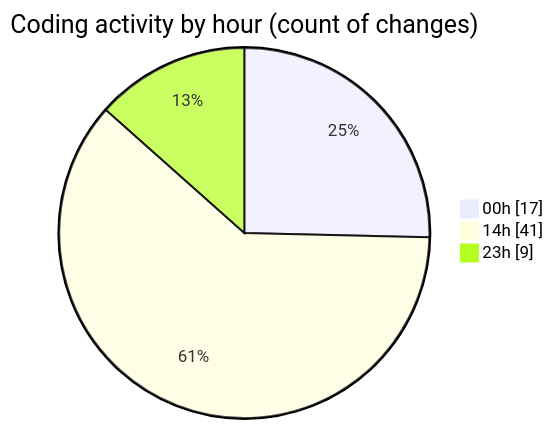
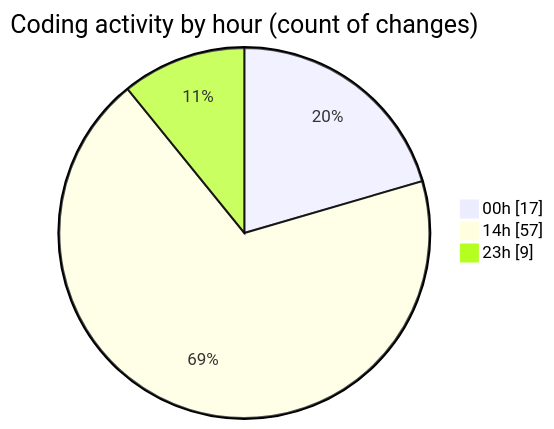
One commit to Ritupan-Deka/code-tracking changed the second of 2 diagrams in 2025-07-20/mern-workoutboard/README.md. Above: the diagram before and after it, drawn with Mermaid. The commit also changed other lines of this file and 1 other file, not shown here.

````diff
--- a/2025-07-20/mern-workoutboard/README.md
+++ b/2025-07-20/mern-workoutboard/README.md
@@ -29,7 +29,7 @@
 ```mermaid
 pie showData
 title Coding activity by hour (count of changes)
 "00h" : 17
-"14h" : 41
+"14h" : 57
 "23h" : 9
 ```
````
